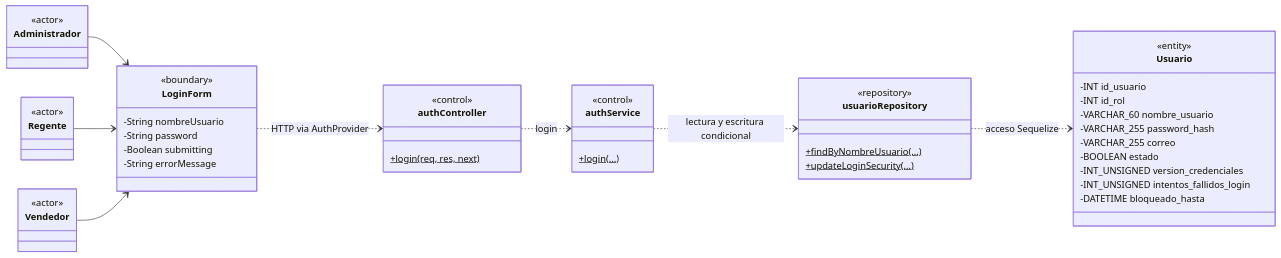
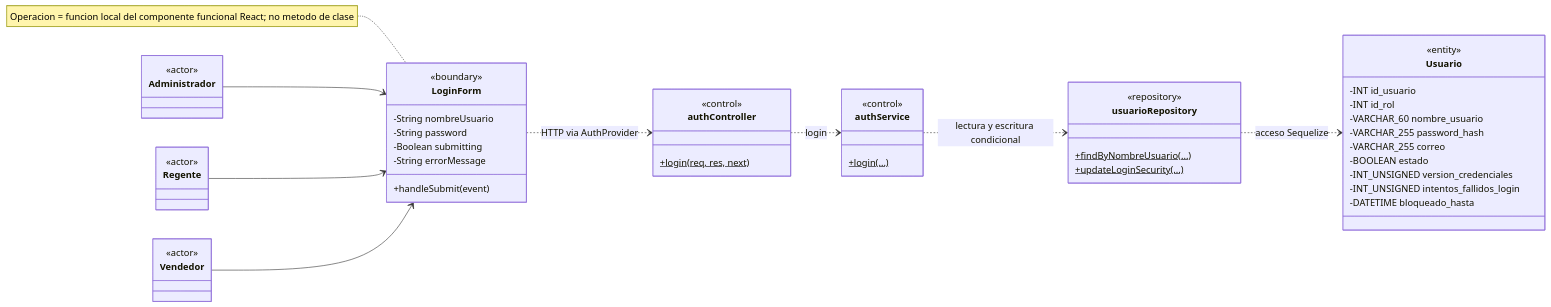
Before and after one commit to CreepyBowDev/cadefar-inventory-system: the first of 34 diagrams in docs/ai/analisis-clases-academico.md, drawn with Mermaid. The commit also changed other lines of this file, not shown here.

````diff
--- a/docs/ai/analisis-clases-academico.md
+++ b/docs/ai/analisis-clases-academico.md
@@ -88,46 +89,48 @@
 ```mermaid
 classDiagram
     direction LR
     class Administrador { <<actor>> }
     class Regente { <<actor>> }
     class Vendedor { <<actor>> }
     class LoginForm {
         <<boundary>>
         -String nombreUsuario
         -String password
         -Boolean submitting
         -String errorMessage
+        +handleSubmit(event)
     }
     class authController {
         <<control>>
         +login(req, res, next)$
     }
     class authService {
         <<control>>
         +login(...)$
     }
     class usuarioRepository {
         <<repository>>
         +findByNombreUsuario(...)$
         +updateLoginSecurity(...)$
     }
     class Usuario {
         <<entity>>
         -INT id_usuario
         -INT id_rol
         -VARCHAR_60 nombre_usuario
         -VARCHAR_255 password_hash
         -VARCHAR_255 correo
         -BOOLEAN estado
         -INT_UNSIGNED version_credenciales
         -INT_UNSIGNED intentos_fallidos_login
         -DATETIME bloqueado_hasta
     }
     Administrador --> LoginForm
     Regente --> LoginForm
     Vendedor --> LoginForm
     LoginForm ..> authController : HTTP via AuthProvider
     authController ..> authService : login
     authService ..> usuarioRepository : lectura y escritura condicional
     usuarioRepository ..> Usuario : acceso Sequelize
+    note for LoginForm "Operacion = funcion local del componente funcional React; no metodo de clase"
 ```
````
